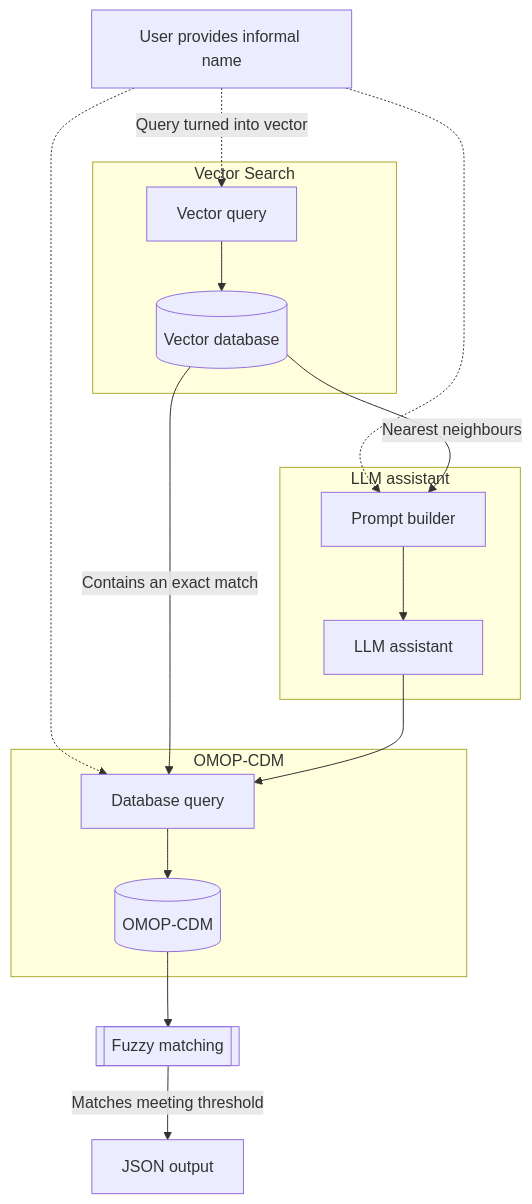
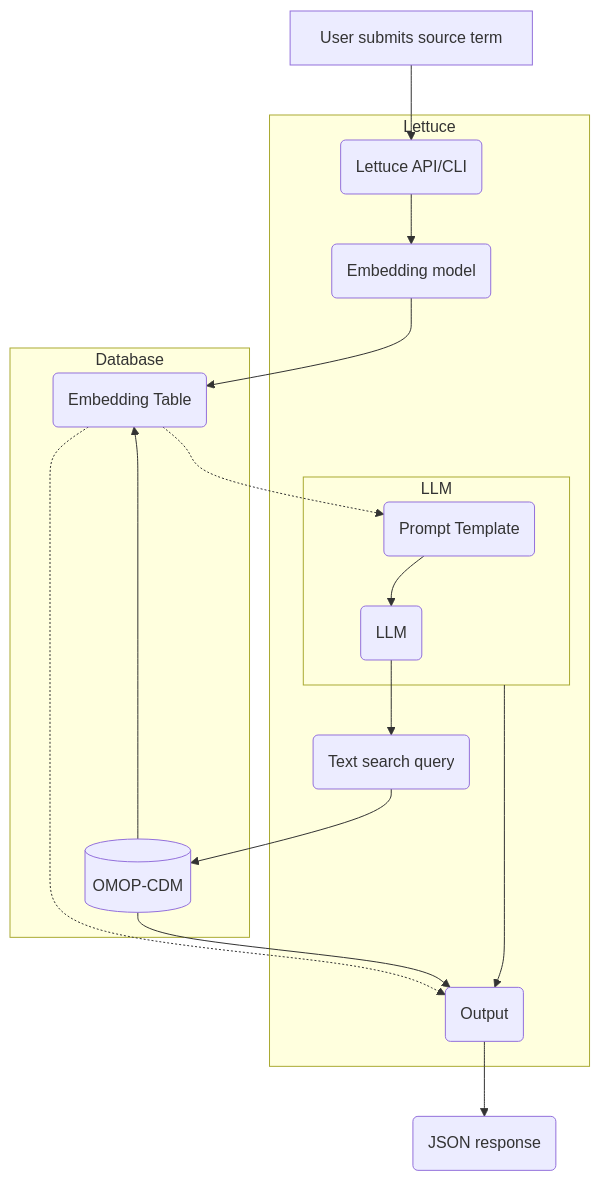
Before and after one commit to Health-Informatics-UoN/lettuce: the diagram in website/pages/index.mdx, drawn with Mermaid. The commit also changed other lines of this file and 3 other files, not shown here.

````diff
--- a/website/pages/index.mdx
+++ b/website/pages/index.mdx
@@ -23,29 +23,32 @@
 ```mermaid
   graph TD
-    usr[User provides informal name]
-    json[JSON output]
-    fuzz[[Fuzzy matching]]
-    subgraph vector_search[Vector Search]
-      vs[Vector query]
-      v_db[(Vector database)]
+    usr[User submits source term]
+    subgraph Lettuce
+      lettuce(Lettuce API/CLI)
+      embed(Embedding model)
+      lettuce --> embed
+
+      subgraph LLM
+        prompt --> llm(LLM)
+      end
+
+      LLM --> output
+
+      text_search(Text search query)
+      llm --> text_search
     end
-    subgraph assistant[LLM assistant]
-      prompt[Prompt builder]
-      llm[LLM assistant]
+
+    subgraph Database
+        cdm[(OMOP-CDM)]
+        embed_table(Embedding Table)
     end
-    subgraph db[OMOP-CDM]
-      db_query[Database query]
-      omop[(OMOP-CDM)]
-    end
-    usr -. Query turned into vector .-> vs
-    usr -.-> prompt
-    usr -.-> db_query
-    vs --> v_db[(Vector database)]
-    v_db -- Nearest neighbours --> prompt
-    v_db -- Contains an exact match --> db_query
-    prompt --> llm
-    llm --> db_query
-    db_query --> omop[(OMOP-CDM)]
-    omop --> fuzz
-    fuzz -- Matches meeting threshold --> json
+
+    embed_table -.-> output(Output)
+    cdm --> output
+    text_search --> cdm
+    embed --> embed_table
+    embed_table -.-> prompt(Prompt Template)
+    cdm --> embed_table
+    usr --> lettuce
+    output --> json(JSON response)
 ```
````
